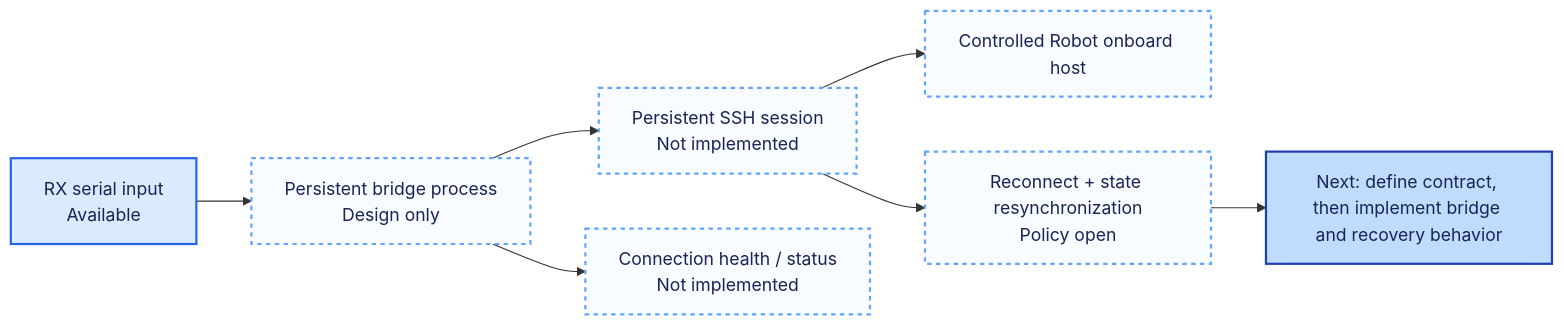
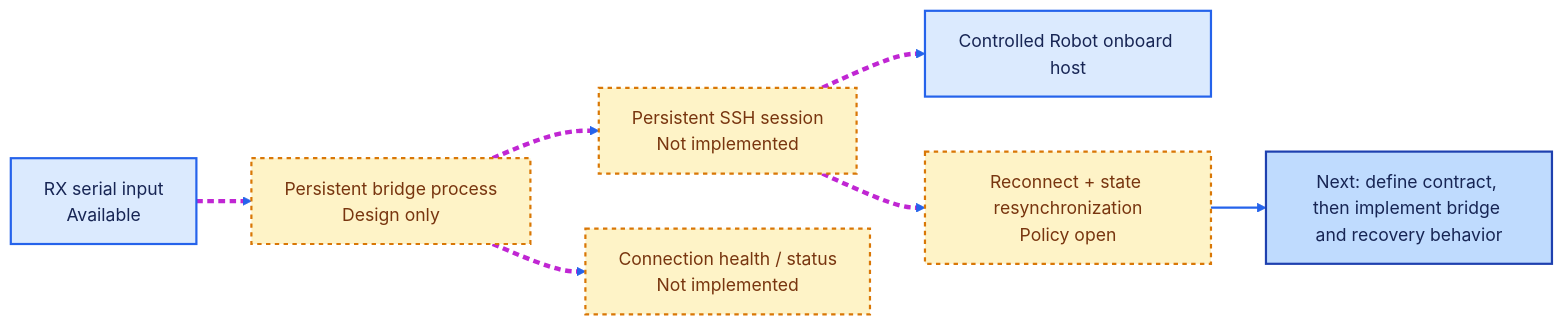
Before and after one commit to kirolossedra/RIS-Robotics: diagram 12 of 21 in docs/architecture/system/progress.md, drawn with Mermaid. The commit also changed other lines of this file, not shown here.

````diff
--- a/docs/architecture/system/progress.md
+++ b/docs/architecture/system/progress.md
@@ -223,14 +268,17 @@
 ```mermaid
 flowchart LR
     RX["RX serial input<br/>Available"] --> CONSUMER["Persistent bridge process<br/>Design only"] --> SSH["Persistent SSH session<br/>Not implemented"] --> ROBOT_HOST["Controlled Robot onboard host"]
     CONSUMER --> HEALTH["Connection health / status<br/>Not implemented"]
     SSH --> RECOVERY["Reconnect + state resynchronization<br/>Policy open"]
     RECOVERY --> NEXT["Next: define contract, then implement bridge and recovery behavior"]
 
     classDef done fill:#dbeafe,stroke:#2563eb,color:#172554,stroke-width:2px;
-    classDef planned fill:#f8fbff,stroke:#60a5fa,color:#172554,stroke-width:2px,stroke-dasharray:4 4;
+    classDef planned fill:#fef3c7,stroke:#d97706,color:#78350f,stroke-width:2px,stroke-dasharray:4 4;
     classDef next fill:#bfdbfe,stroke:#1e40af,color:#172554,stroke-width:2px;
     class RX done;
-    class CONSUMER,SSH,ROBOT_HOST,HEALTH,RECOVERY planned;
+    class CONSUMER,SSH,HEALTH,RECOVERY planned;
+    class ROBOT_HOST done;
     class NEXT next;
+    linkStyle default stroke:#2563eb,stroke-width:2px;
+    linkStyle 0,1,2,3,4 stroke:#c026d3,stroke-width:4px,stroke-dasharray:6 4;
 ```
````
